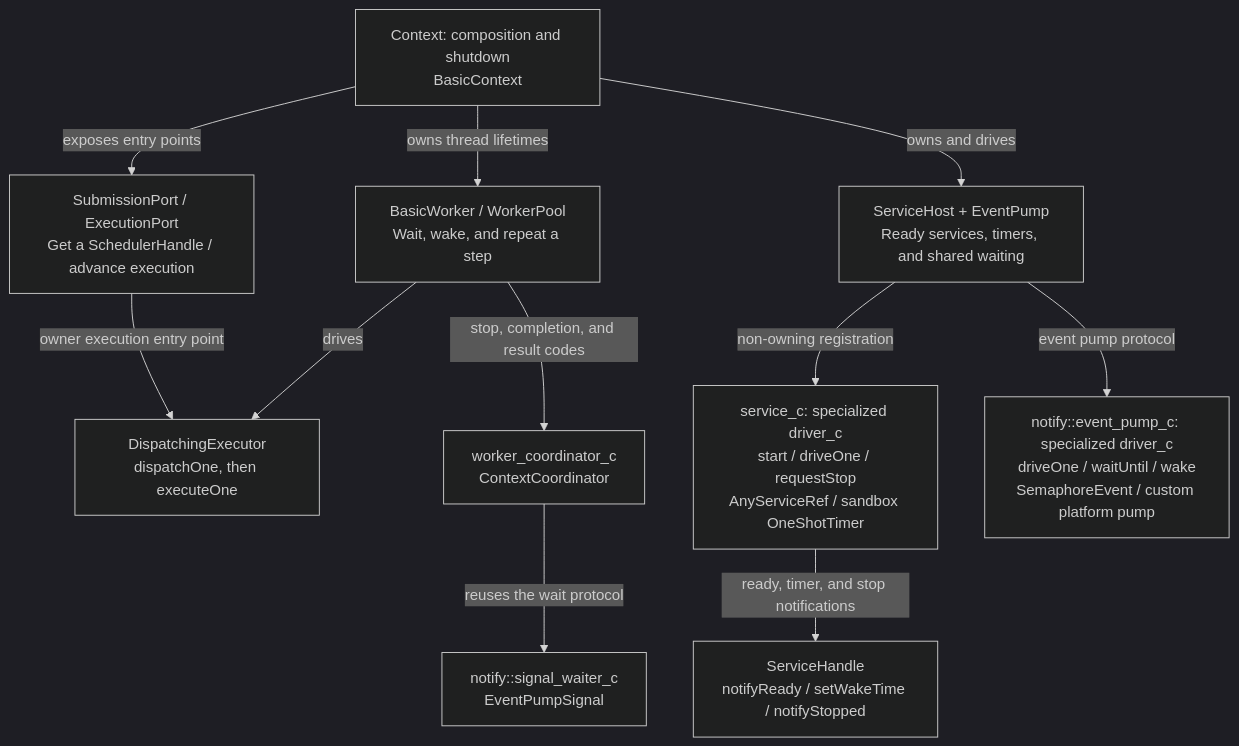
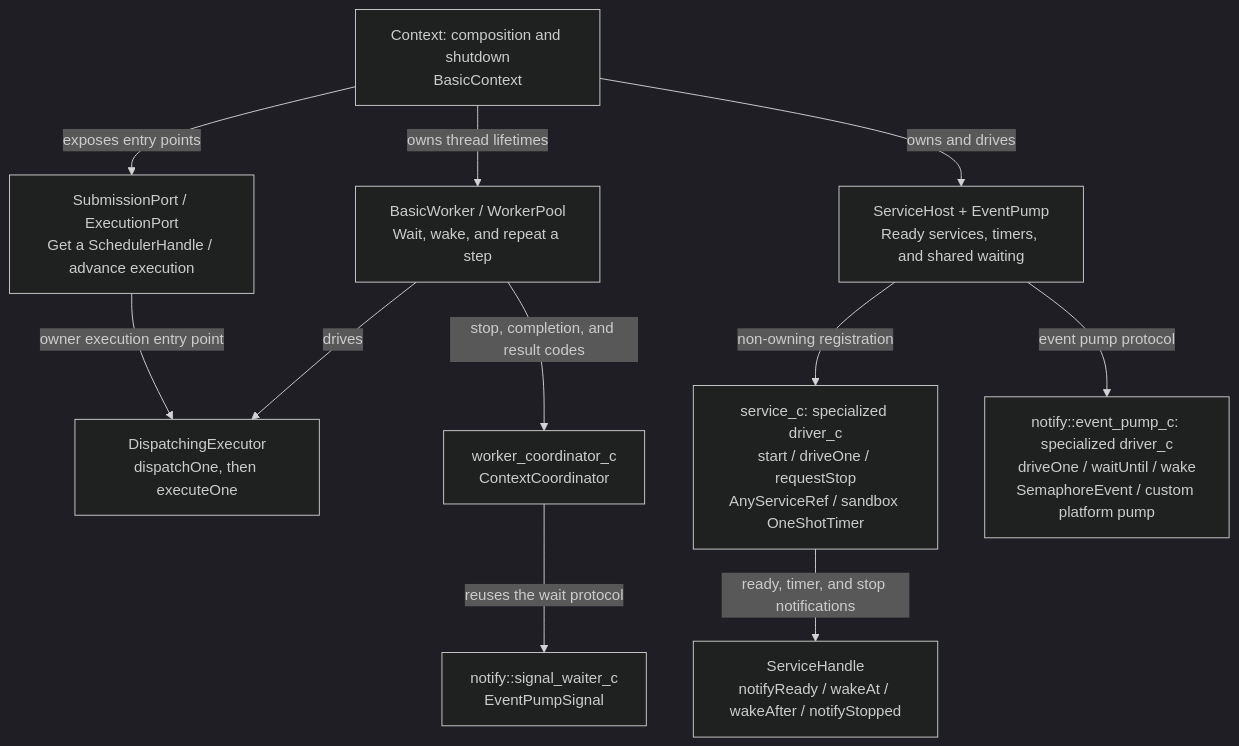
One commit to mmmmmcree/async changed the third of 7 diagrams in docs/core-architecture/en/core-architecture.md. Above: the diagram before and after it, drawn with Mermaid (dark theme). The commit also changed other lines of this file and 9 other files, not shown here.

Commit message:
wakeAt and wakeAfter

````diff
--- a/docs/core-architecture/en/core-architecture.md
+++ b/docs/core-architecture/en/core-architecture.md
@@ -121,16 +121,16 @@
 ```mermaid
 flowchart TB
     %% id: runtime
     accTitle: Runtime Host and Event Pump
     context["Context: composition and shutdown<br/>BasicContext"]
     context -->|exposes entry points| ports["SubmissionPort / ExecutionPort<br/>Get a SchedulerHandle / advance execution"]
     context -->|owns thread lifetimes| workers["BasicWorker / WorkerPool<br/>Wait, wake, and repeat a step"]
     ports -->|owner execution entry point| executor["DispatchingExecutor<br/>dispatchOne, then executeOne"]
     workers -->|drives| executor
     workers -->|stop, completion, and result codes| coordinator["worker_coordinator_c<br/>ContextCoordinator"]
     coordinator -->|reuses the wait protocol| waiter["notify::signal_waiter_c<br/>EventPumpSignal"]
     context -->|owns and drives| host["ServiceHost + EventPump<br/>Ready services, timers, and shared waiting"]
     host -->|non-owning registration| service["service_c: specialized driver_c<br/>start / driveOne / requestStop<br/>AnyServiceRef / sandbox OneShotTimer"]
     host -->|event pump protocol| pump["notify::event_pump_c: specialized driver_c<br/>driveOne / waitUntil / wake<br/>SemaphoreEvent / custom platform pump"]
-    service -->|ready, timer, and stop notifications| handle["ServiceHandle<br/>notifyReady / setWakeTime / notifyStopped"]
+    service -->|ready, timer, and stop notifications| handle["ServiceHandle<br/>notifyReady / wakeAt / wakeAfter / notifyStopped"]
 ```
````
